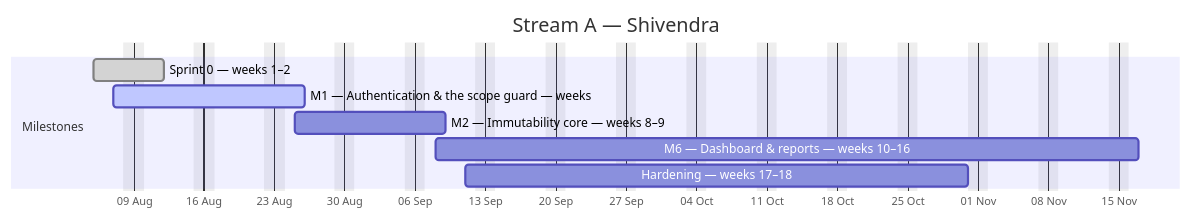
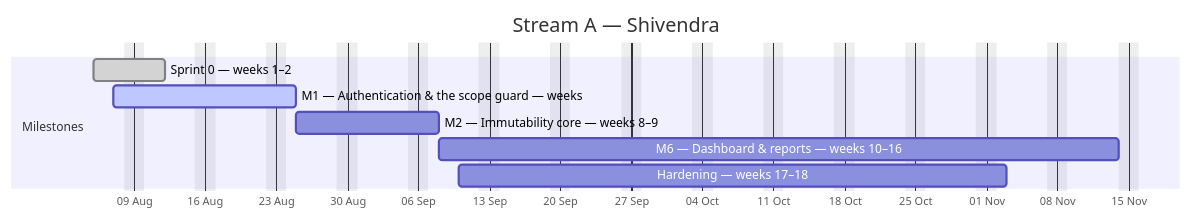
The first of 4 diagrams in docs/plan/GANTT.md (debashisedunext/EduTrack), drawn with Mermaid before and after one commit. The commit also changed other lines of this file and 3 other files, not shown here.

````diff
--- a/docs/plan/GANTT.md
+++ b/docs/plan/GANTT.md
@@ -130,13 +126,13 @@
 ```mermaid
 gantt
     dateFormat YYYY-MM-DD
     axisFormat %d %b
     title Stream A — Shivendra
     excludes weekends
     section Milestones
     Sprint 0 — weeks 1–2 :done, a0, 2026-08-05, 5d
-    M1 — Authentication & the scope guard — weeks :active, a1, 2026-08-07, 13d
-    M2 — Immutability core — weeks 8–9 :a2, 2026-08-25, 11d
-    M6 — Dashboard & reports — weeks 10–16 :a3, 2026-09-08, 50d
-    Hardening — weeks 17–18 :a4, 2026-09-11, 36d
+    M1 — Authentication & the scope guard — weeks :active, a1, 2026-08-07, 12d
+    M2 — Immutability core — weeks 8–9 :a2, 2026-08-25, 10d
+    M6 — Dashboard & reports — weeks 10–16 :a3, 2026-09-08, 49d
+    Hardening — weeks 17–18 :a4, 2026-09-10, 38d
 ```
````
